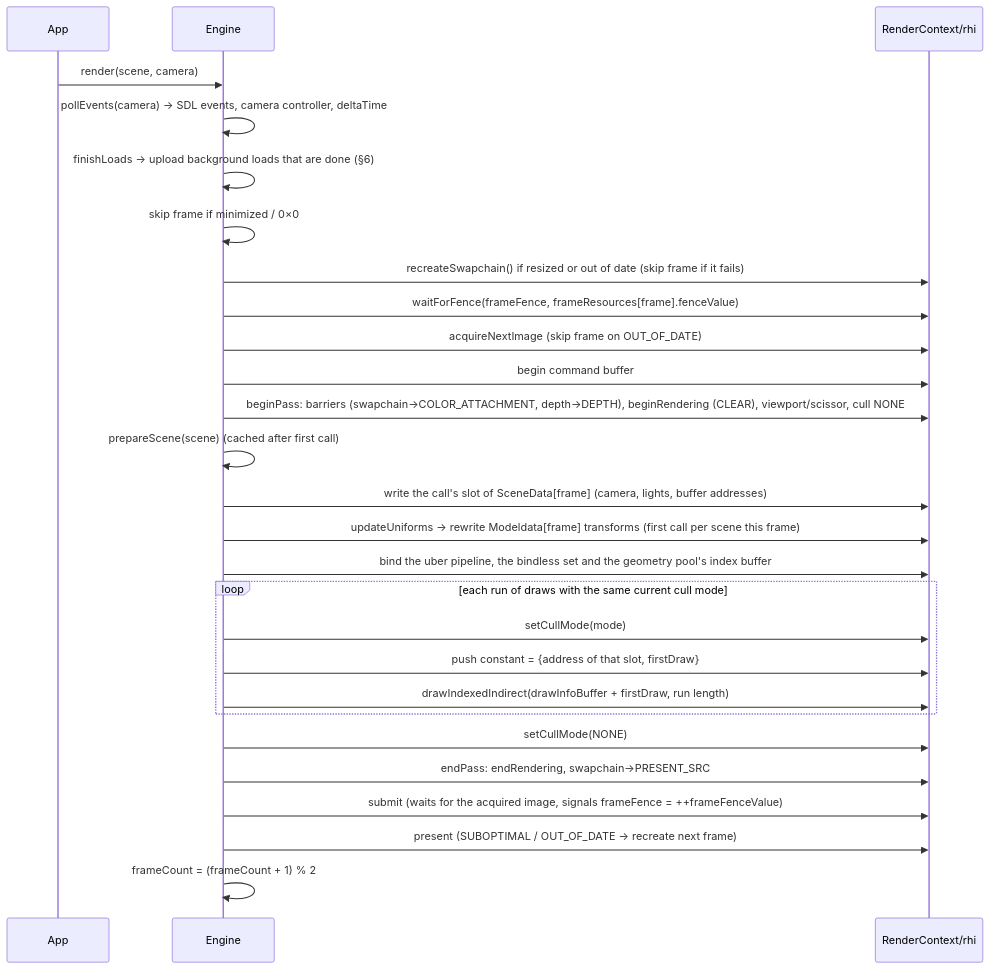
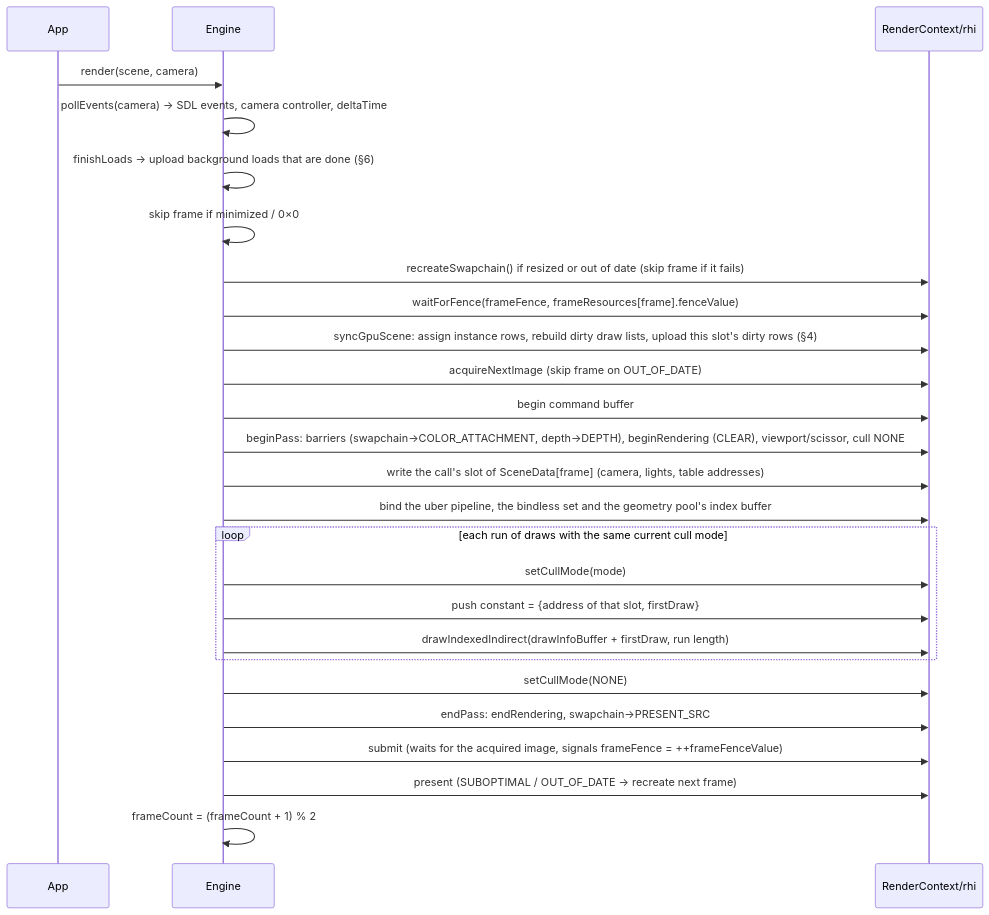
One commit to adel-elmala/rasm changed the second of 3 diagrams in docs/architecture.md. Above: the diagram before and after it, drawn with Mermaid. The commit also changed other lines of this file and 48 other files, not shown here.

First line of the commit message:
feat: GPU scene tables with dirty-range uploads (D6, P3, P7) (#33)

````diff
--- a/docs/architecture.md
+++ b/docs/architecture.md
@@ -81,29 +81,28 @@
 ```mermaid
 sequenceDiagram
     participant App
     participant E as Engine
     participant C as RenderContext/rhi
     App->>E: render(scene, camera)
     E->>E: pollEvents(camera) → SDL events, camera controller, deltaTime
     E->>E: finishLoads → upload background loads that are done (§6)
     E->>E: skip frame if minimized / 0×0
     E->>C: recreateSwapchain() if resized or out of date (skip frame if it fails)
     E->>C: waitForFence(frameFence, frameResources[frame].fenceValue)
+    E->>C: syncGpuScene: assign instance rows, rebuild dirty draw lists, upload this slot's dirty rows (§4)
     E->>C: acquireNextImage (skip frame on OUT_OF_DATE)
     E->>C: begin command buffer
     E->>C: beginPass: barriers (swapchain→COLOR_ATTACHMENT, depth→DEPTH), beginRendering (CLEAR), viewport/scissor, cull NONE
-    E->>E: prepareScene(scene) (cached after first call)
-    E->>C: write the call's slot of SceneData[frame] (camera, lights, buffer addresses)
-    E->>C: updateUniforms → rewrite Modeldata[frame] transforms (first call per scene this frame)
+    E->>C: write the call's slot of SceneData[frame] (camera, lights, table addresses)
     E->>C: bind the uber pipeline, the bindless set and the geometry pool's index buffer
     loop each run of draws with the same current cull mode
         E->>C: setCullMode(mode)
         E->>C: push constant = {address of that slot, firstDraw}
         E->>C: drawIndexedIndirect(drawInfoBuffer + firstDraw, run length)
     end
     E->>C: setCullMode(NONE)
     E->>C: endPass: endRendering, swapchain→PRESENT_SRC
     E->>C: submit (waits for the acquired image, signals frameFence = ++frameFenceValue)
     E->>C: present (SUBOPTIMAL / OUT_OF_DATE → recreate next frame)
     E->>E: frameCount = (frameCount + 1) % 2
 ```
````
